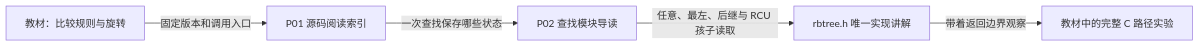
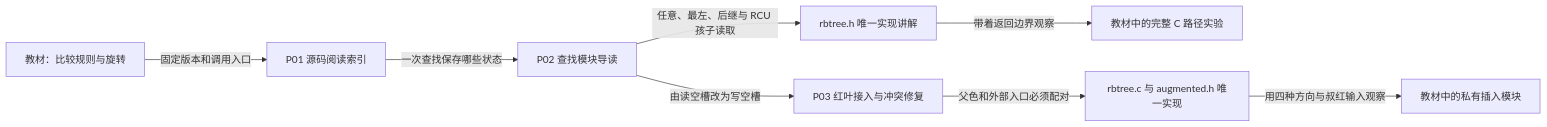
One commit to FormingSystem/linux_note changed the diagram in research/source_reading/rbtree/大纲.md. Above: the diagram before and after it, drawn with Mermaid. The commit also changed other lines of this file and 20 other files, not shown here.

````diff
--- a/research/source_reading/rbtree/大纲.md
+++ b/research/source_reading/rbtree/大纲.md
@@ -15,7 +15,10 @@
 ```mermaid
 flowchart LR
     K["教材：比较规则与旋转"] -->|"固定版本和调用入口"| I["P01 源码阅读索引"]
     I -->|"一次查找保存哪些状态"| N["P02 查找模块导读"]
     N -->|"任意、最左、后继与 RCU 孩子读取"| S["rbtree.h 唯一实现讲解"]
     S -->|"带着返回边界观察"| E["教材中的完整 C 路径实验"]
+    N -->|"由读空槽改为写空槽"| A["P03 红叶接入与冲突修复"]
+    A -->|"父色和外部入口必须配对"| R["rbtree.c 与 augmented.h 唯一实现"]
+    R -->|"用四种方向与叔红输入观察"| M["教材中的私有插入模块"]
 ```
````
